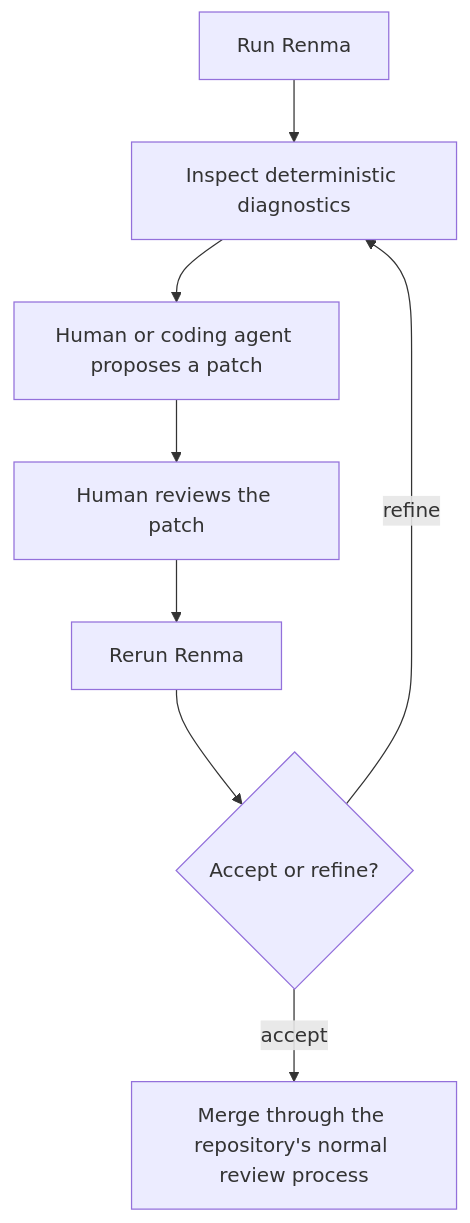
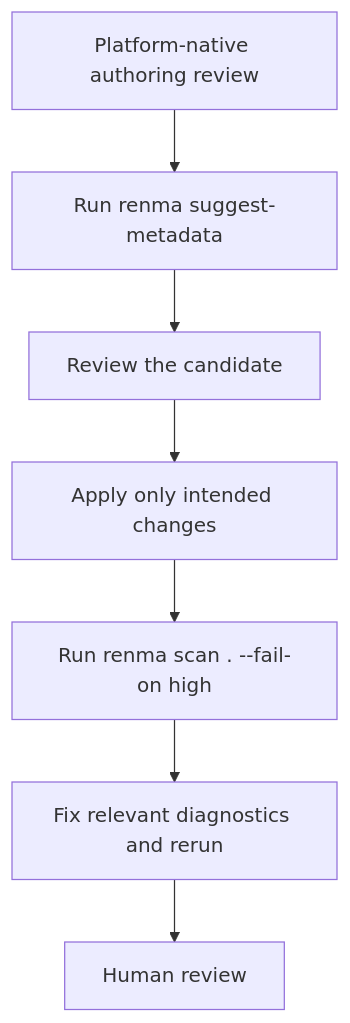
One commit to KazuCocoa/renma changed the second of 2 diagrams in docs/user-manual.md. Above: the diagram before and after it, drawn with Mermaid. The commit also changed other lines of this file and 19 other files, not shown here.

````diff
--- a/docs/user-manual.md
+++ b/docs/user-manual.md
@@ -202,10 +237,9 @@
 ```mermaid
 flowchart TD
-  Run["Run Renma"] --> Inspect["Inspect deterministic diagnostics"]
-  Inspect --> Propose["Human or coding agent proposes a patch"]
-  Propose --> Review["Human reviews the patch"]
-  Review --> Rerun["Rerun Renma"]
-  Rerun --> Decide{"Accept or refine?"}
-  Decide -->|refine| Inspect
-  Decide -->|accept| Complete["Merge through the repository's normal review process"]
+  Authoring["Platform-native authoring review"] --> Suggest["Run renma suggest-metadata"]
+  Suggest --> Candidate["Review the candidate"]
+  Candidate --> Apply["Apply only intended changes"]
+  Apply --> Validate["Run renma scan . --fail-on high"]
+  Validate --> Fix["Fix relevant diagnostics and rerun"]
+  Fix --> Review["Human review"]
 ```
````
